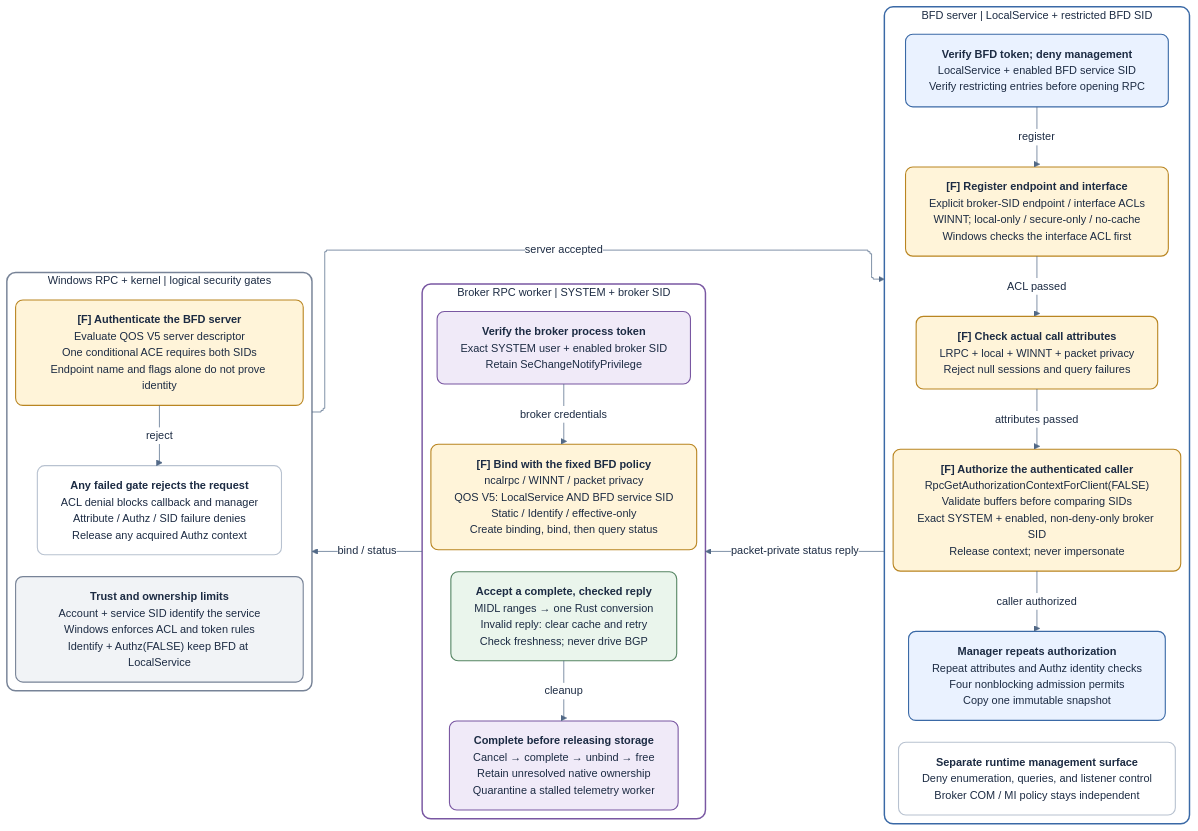
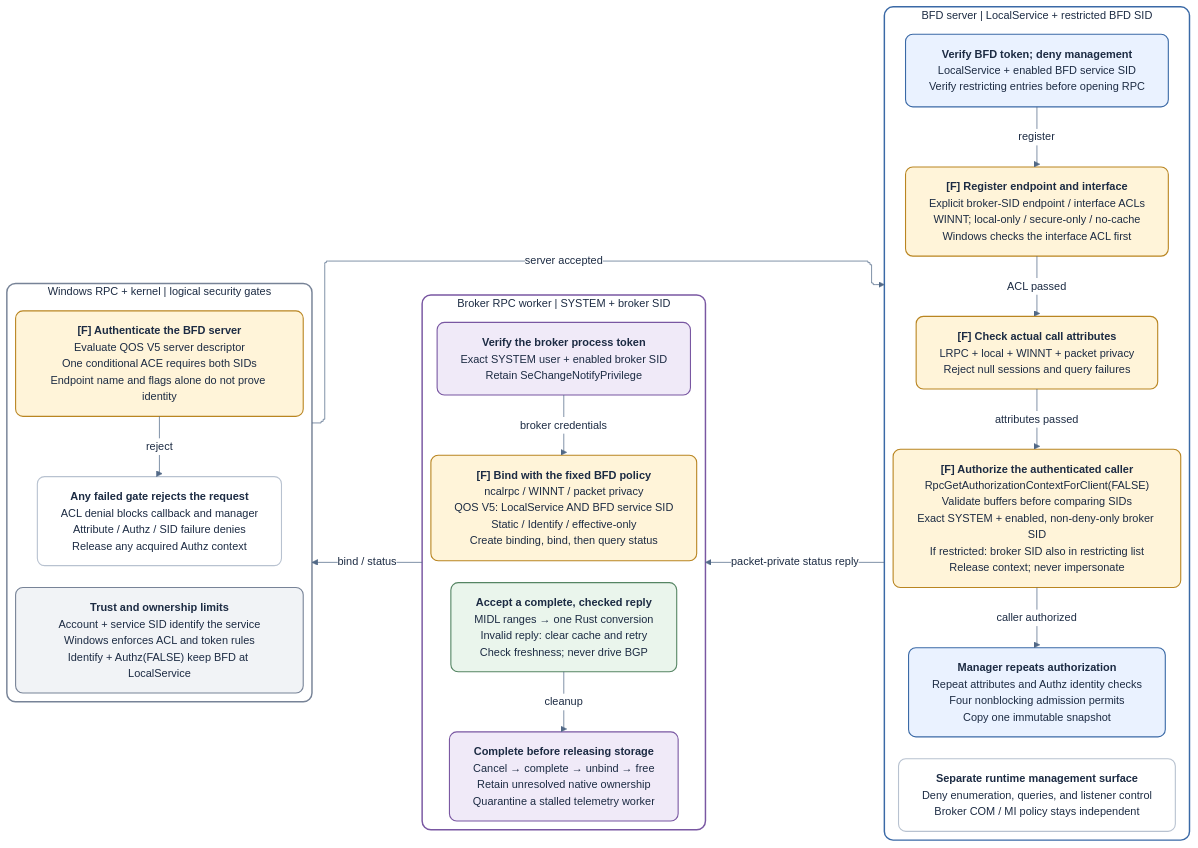
Before and after one commit to miketheitguy/bfd-winservice: the diagram in docs/rpc-authentication.md, drawn with Mermaid. The commit also changed other lines of this file and 13 other files, not shown here.

Commit message:
fix: align restricted caller checks across local RPC channels

````diff
--- a/docs/rpc-authentication.md
+++ b/docs/rpc-authentication.md
@@ -69,82 +69,82 @@
 ```mermaid
 ---
 config:
   layout: elk
   elk:
     cycleBreakingStrategy: MODEL_ORDER
     considerModelOrder: NODES_AND_EDGES
     forceNodeModelOrder: true
   look: classic
   theme: base
   fontFamily: Segoe UI, Arial, sans-serif
   themeVariables:
     fontSize: 15px
     primaryTextColor: '#1C2B43'
     lineColor: '#526987'
     clusterBkg: '#FFFFFF'
     edgeLabelBackground: '#FFFFFF'
   flowchart:
     wrappingWidth: 330
     padding: 16
     nodeSpacing: 26
     rankSpacing: 50
     curve: stepBefore
 ---
 flowchart RL
     accTitle: RPC authentication: GetSessionStatusV1 on BfdWinService.Local.v2
     accDescr: The broker pins the actual BFD server account and service SID. Windows checks the interface ACL before the per-call callback. BFD checks call attributes and authenticated SYSTEM account plus enabled broker service SID without impersonation. Native storage remains owned until completion.
     %% Cross-process edges attach to boundaries to preserve process columns.
     %% Mirrors service-communication.drawio, page 3.
 
     subgraph auth_client["Broker RPC worker | SYSTEM + broker SID"]
         direction TB
         auth_token["<b>Verify the broker process token</b><br/>Exact SYSTEM user + enabled broker SID<br/>Retain SeChangeNotifyPrivilege"]:::broker
         auth_qos["<b>[F] Bind with the fixed BFD policy</b><br/>ncalrpc / WINNT / packet privacy<br/>QOS V5: LocalService AND BFD service SID<br/>Static / Identify / effective-only<br/>Create binding, bind, then query status"]:::gate
         auth_result["<b>Accept a complete, checked reply</b><br/>MIDL ranges → one Rust conversion<br/>Invalid reply: clear cache and retry<br/>Check freshness; never drive BGP"]:::cache
         auth_release["<b>Complete before releasing storage</b><br/>Cancel → complete → unbind → free<br/>Retain unresolved native ownership<br/>Quarantine a stalled telemetry worker"]:::broker
     end
 
     subgraph auth_windows["Windows RPC + kernel | logical security gates"]
         direction TB
         auth_pin["<b>[F] Authenticate the BFD server</b><br/>Evaluate QOS V5 server descriptor<br/>One conditional ACE requires both SIDs<br/>Endpoint name and flags alone do not prove identity"]:::gate
         auth_reject["<b>Any failed gate rejects the request</b><br/>ACL denial blocks callback and manager<br/>Attribute / Authz / SID failure denies<br/>Release any acquired Authz context"]:::note
         auth_ownership["<b>Trust and ownership limits</b><br/>Account + service SID identify the service<br/>Windows enforces ACL and token rules<br/>Identify + Authz(FALSE) keep BFD at LocalService"]:::external
     end
 
     subgraph auth_server["BFD server | LocalService + restricted BFD SID"]
         direction TB
         auth_start["<b>Verify BFD token; deny management</b><br/>LocalService + enabled BFD service SID<br/>Verify restricting entries before opening RPC"]:::bfd
         auth_acl["<b>[F] Register endpoint and interface</b><br/>Explicit broker-SID endpoint / interface ACLs<br/>WINNT; local-only / secure-only / no-cache<br/>Windows checks the interface ACL first"]:::gate
         auth_attributes["<b>[F] Check actual call attributes</b><br/>LRPC + local + WINNT + packet privacy<br/>Reject null sessions and query failures"]:::gate
-        auth_authz["<b>[F] Authorize the authenticated caller</b><br/>RpcGetAuthorizationContextForClient(FALSE)<br/>Validate buffers before comparing SIDs<br/>Exact SYSTEM + enabled, non-deny-only broker SID<br/>Release context; never impersonate"]:::gate
+        auth_authz["<b>[F] Authorize the authenticated caller</b><br/>RpcGetAuthorizationContextForClient(FALSE)<br/>Validate buffers before comparing SIDs<br/>Exact SYSTEM + enabled, non-deny-only broker SID<br/>If restricted: broker SID also in restricting list<br/>Release context; never impersonate"]:::gate
         auth_manager["<b>Manager repeats authorization</b><br/>Repeat attributes and Authz identity checks<br/>Four nonblocking admission permits<br/>Copy one immutable snapshot"]:::bfd
         auth_management["<b>Separate runtime management surface</b><br/>Deny enumeration, queries, and listener control<br/>Broker COM / MI policy stays independent"]:::note
     end
 
 
     auth_token -->|"broker credentials"| auth_qos
     auth_start -->|"register"| auth_acl
     auth_client -->|"bind / status"| auth_windows
     auth_windows -->|"server accepted"| auth_server
     auth_pin -->|"reject"| auth_reject
     auth_acl -->|"ACL passed"| auth_attributes
     auth_attributes -->|"attributes passed"| auth_authz
     auth_authz -->|"caller authorized"| auth_manager
     auth_server -->|"packet-private status reply"| auth_client
     auth_qos ~~~ auth_result
     auth_result -->|"cleanup"| auth_release
 
     %% Invisible links align independent sections; they do not represent calls.
     auth_reject ~~~ auth_ownership
     auth_manager ~~~ auth_management
 
     classDef bfd fill:#EAF2FF,stroke:#3A69A6,color:#1C2B43,stroke-width:1.5px,rx:10,ry:10
     classDef broker fill:#F0EAF8,stroke:#7957A2,color:#1C2B43,stroke-width:1.5px,rx:10,ry:10
     classDef gate fill:#FFF4D9,stroke:#B98521,color:#1C2B43,stroke-width:1.5px,rx:10,ry:10
     classDef cache fill:#EAF5EC,stroke:#558563,color:#1C2B43,stroke-width:1.5px,rx:10,ry:10
     classDef external fill:#F1F3F6,stroke:#778397,color:#1C2B43,stroke-width:1.5px,rx:10,ry:10
     classDef note fill:#FFFFFF,stroke:#B8C2D0,color:#1C2B43,stroke-width:1.5px,rx:10,ry:10
     style auth_client fill:#FFFFFF,stroke:#7957A2,color:#1C2B43,stroke-width:2px,rx:12,ry:12
     style auth_windows fill:#FFFFFF,stroke:#778397,color:#1C2B43,stroke-width:2px,rx:12,ry:12
     style auth_server fill:#FFFFFF,stroke:#3A69A6,color:#1C2B43,stroke-width:2px,rx:12,ry:12
 ```
````
